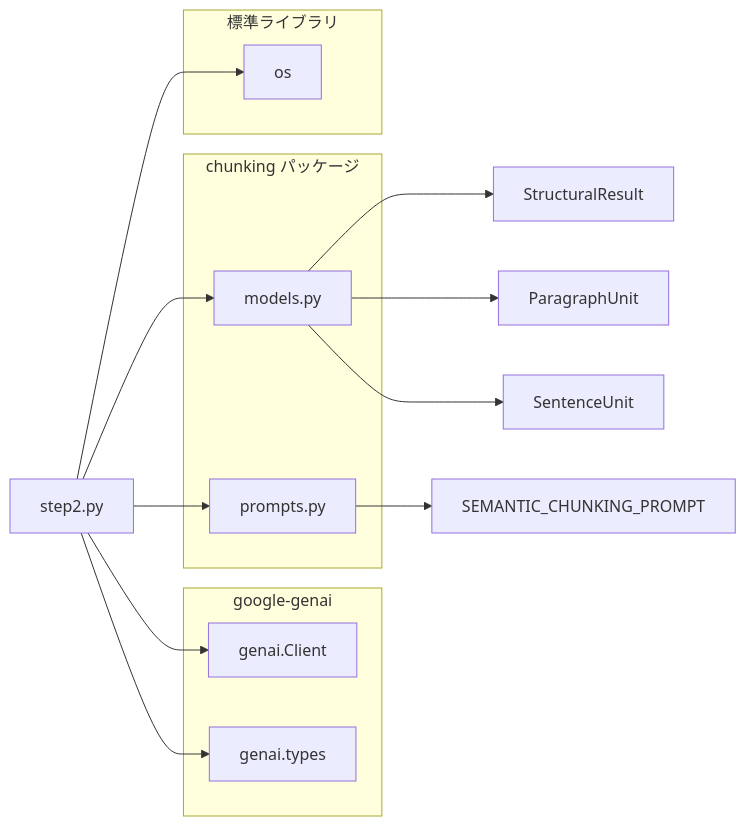
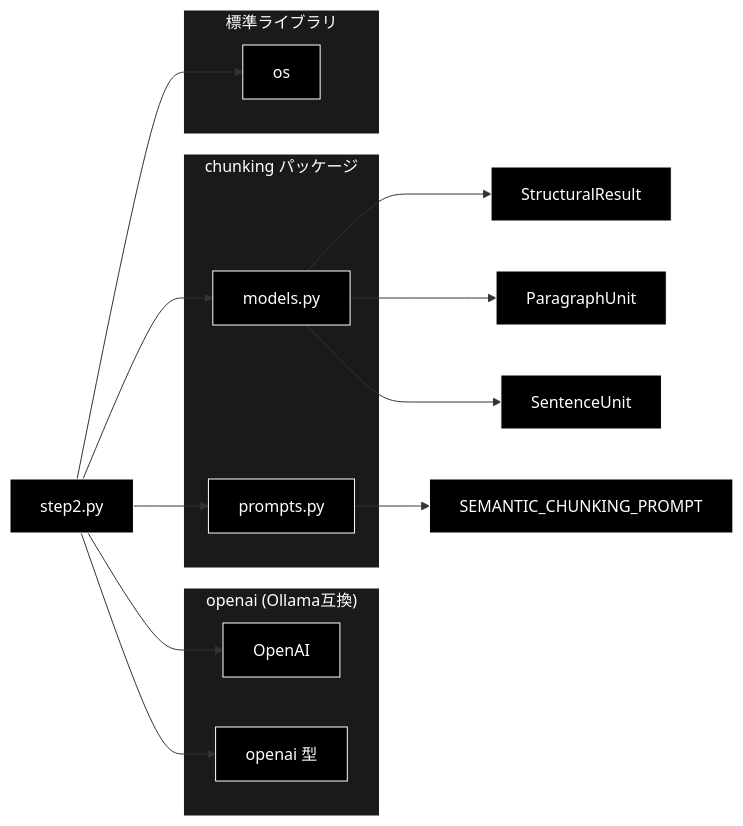
One commit to nakashima2toshio/ollama_grace_agent_v2 changed the fifth of 5 diagrams in chunking/doc/step2.md. Above: the diagram before and after it, drawn with Mermaid. The commit also changed other lines of this file and 13 other files, not shown here.

````diff
--- a/chunking/doc/step2.md
+++ b/chunking/doc/step2.md
@@ -482,29 +505,35 @@
 ```mermaid
 flowchart LR
     STEP2[step2.py]
 
-    subgraph GOOGLE["google-genai"]
-        GENAI[genai.Client]
-        TYPES[genai.types]
+    subgraph GOOGLE["openai (Ollama互換)"]
+        GENAI[OpenAI]
+        TYPES["openai 型"]
     end
 
     subgraph CHUNKING["chunking パッケージ"]
         MODELS[models.py]
         PROMPTS[prompts.py]
     end
 
     subgraph STDLIB["標準ライブラリ"]
         OS[os]
     end
 
     STEP2 --> GENAI
     STEP2 --> TYPES
     STEP2 --> MODELS
     STEP2 --> PROMPTS
     STEP2 --> OS
 
     MODELS --> SR[StructuralResult]
     MODELS --> PU[ParagraphUnit]
     MODELS --> SU[SentenceUnit]
     PROMPTS --> SCP[SEMANTIC_CHUNKING_PROMPT]
+classDef default fill:#000,stroke:#fff,color:#fff
+classDef subgraphStyle fill:#1a1a1a,stroke:#fff,color:#fff
+class STEP2,GENAI,TYPES,MODELS,PROMPTS,OS,SR,PU,SU,SCP default
+style GOOGLE fill:#1a1a1a,stroke:#fff,color:#fff
+style CHUNKING fill:#1a1a1a,stroke:#fff,color:#fff
+style STDLIB fill:#1a1a1a,stroke:#fff,color:#fff
 ```
````
